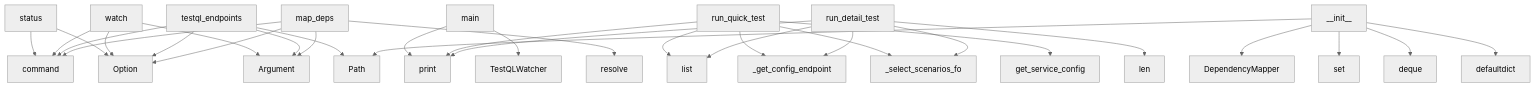
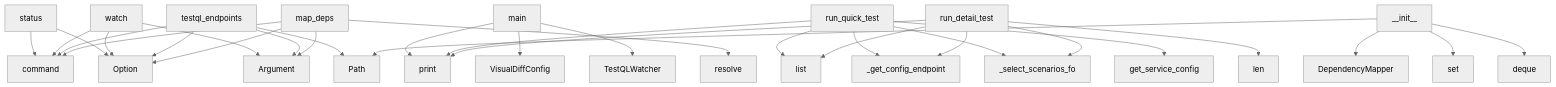
Before and after one commit to semcod/wup: the diagram in project/context.md, drawn with Mermaid (neutral theme). The commit also changed other lines of this file and 51 other files, not shown here.

````diff
--- a/project/context.md
+++ b/project/context.md
@@ -491,33 +516,33 @@
 ```mermaid
 graph TD
     status --> command
     status --> Option
     watch --> command
     watch --> Argument
     watch --> Option
     testql_endpoints --> command
     testql_endpoints --> Argument
     testql_endpoints --> Option
     testql_endpoints --> Path
     main --> print
+    main --> VisualDiffConfig
     main --> TestQLWatcher
     map_deps --> command
     map_deps --> Argument
     map_deps --> Option
     map_deps --> resolve
     run_quick_test --> list
     run_quick_test --> _get_config_endpoint
     run_quick_test --> _select_scenarios_fo
     run_quick_test --> get_service_config
     run_quick_test --> print
     run_detail_test --> list
     run_detail_test --> _get_config_endpoint
     run_detail_test --> _select_scenarios_fo
     run_detail_test --> print
     run_detail_test --> len
     __init__ --> Path
     __init__ --> DependencyMapper
     __init__ --> set
     __init__ --> deque
-    __init__ --> defaultdict
 ```
````
